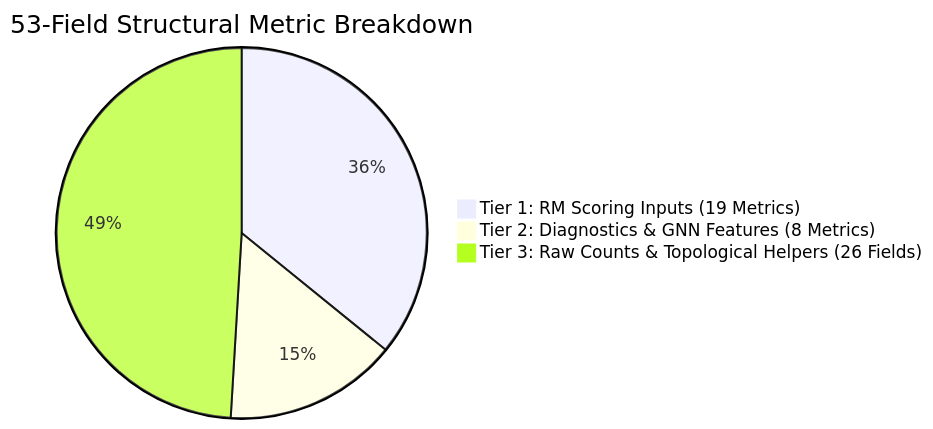
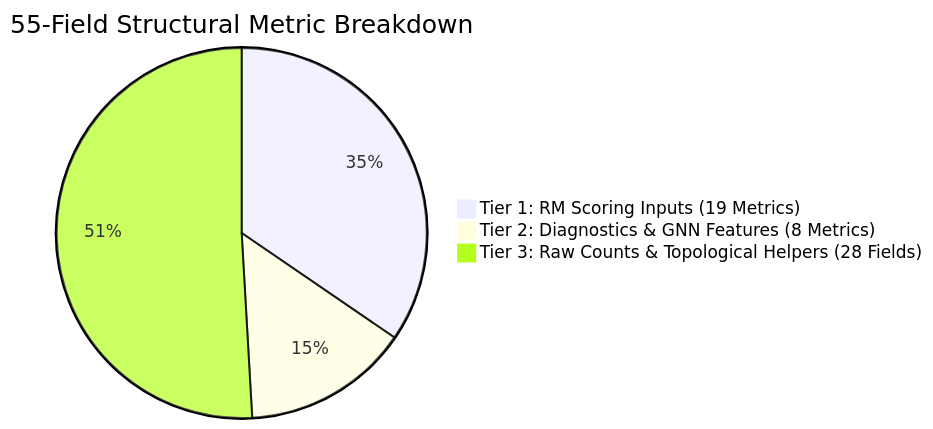
Before and after one commit to onuralpyigit/software-as-a-graph: the sixth of 7 diagrams in docs/structural-analysis.md, drawn with Mermaid. The commit also changed other lines of this file and 7 other files, not shown here.

````diff
--- a/docs/structural-analysis.md
+++ b/docs/structural-analysis.md
@@ -407,6 +405,6 @@
 ```mermaid
-pie title 53-Field Structural Metric Breakdown
+pie title 55-Field Structural Metric Breakdown
     "Tier 1: RM Scoring Inputs (19 Metrics)" : 19
     "Tier 2: Diagnostics & GNN Features (8 Metrics)" : 8
-    "Tier 3: Raw Counts & Topological Helpers (26 Fields)" : 26
+    "Tier 3: Raw Counts & Topological Helpers (28 Fields)" : 28
 ```
````
